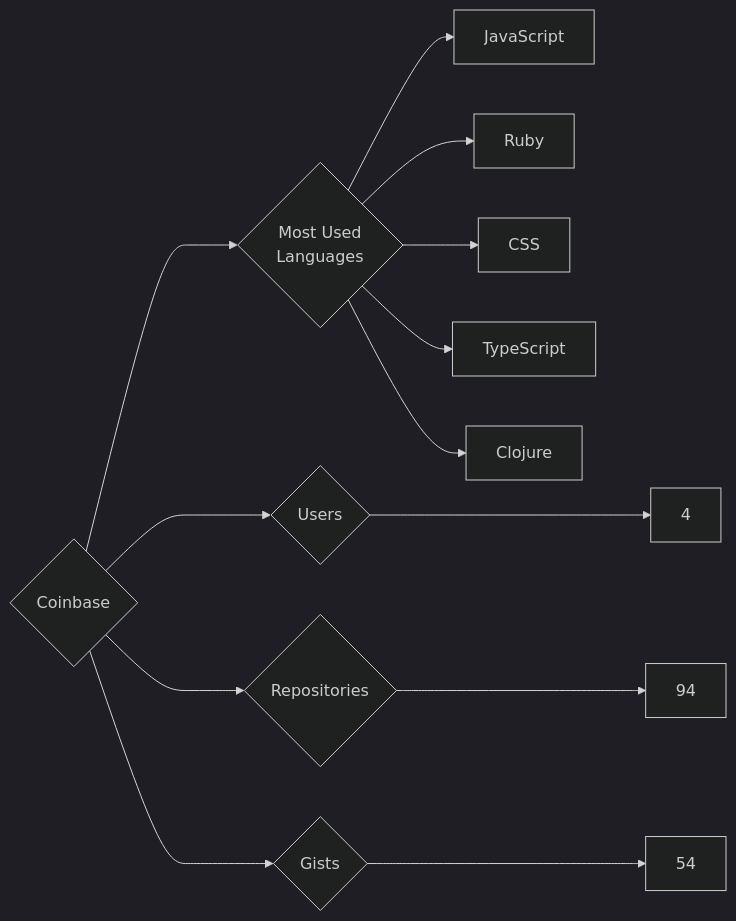
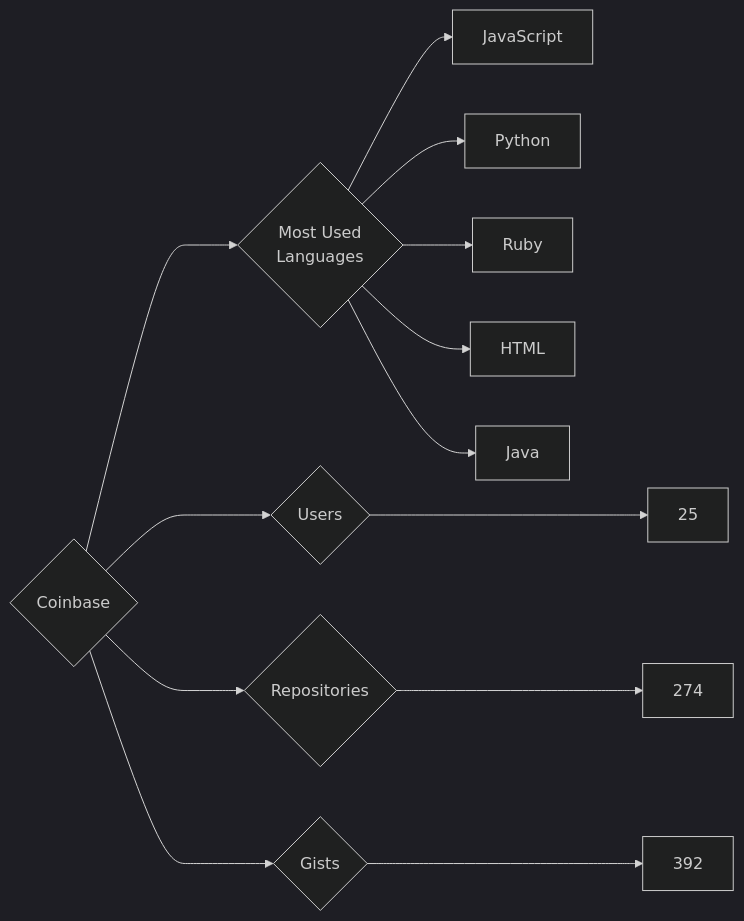
One commit to trickest/insiders changed the diagram in targets/Coinbase/README.md. Above: the diagram before and after it, drawn with Mermaid (dark theme). The commit also changed 614 other files, not shown here.

````diff
--- a/targets/Coinbase/README.md
+++ b/targets/Coinbase/README.md
@@ -3,13 +3,13 @@
 ```mermaid
 graph LR
 COMPANY_NAME{Coinbase}
-COMPANY_NAME ---> U{Users} ---> UN[4]
-COMPANY_NAME ---> R{Repositories} ---> RN[94]
-COMPANY_NAME ---> G{Gists} ---> GN[54]
+COMPANY_NAME ---> U{Users} ---> UN[25]
+COMPANY_NAME ---> R{Repositories} ---> RN[274]
+COMPANY_NAME ---> G{Gists} ---> GN[392]
 COMPANY_NAME ---> ML{Most Used<br>Languages}
 ML --> JavaScript[JavaScript]
+ML --> Python[Python]
 ML --> Ruby[Ruby]
-ML --> CSS[CSS]
-ML --> TypeScript[TypeScript]
-ML --> Clojure[Clojure]
+ML --> HTML[HTML]
+ML --> Java[Java]
 ```
````
